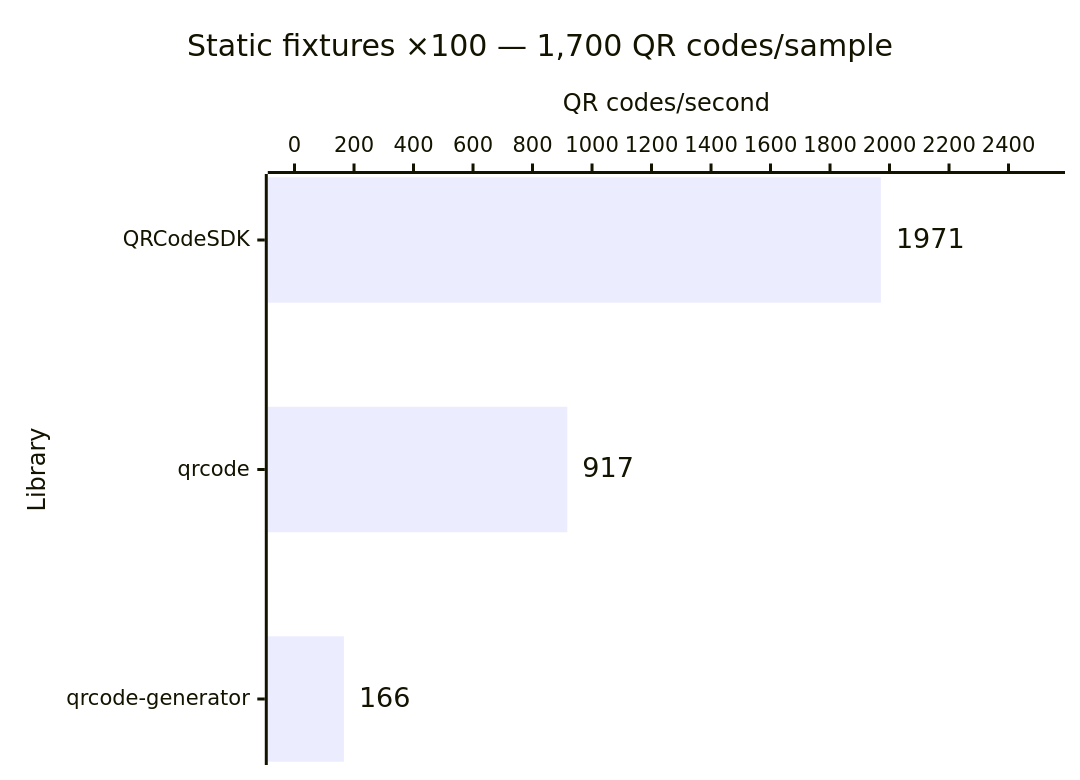
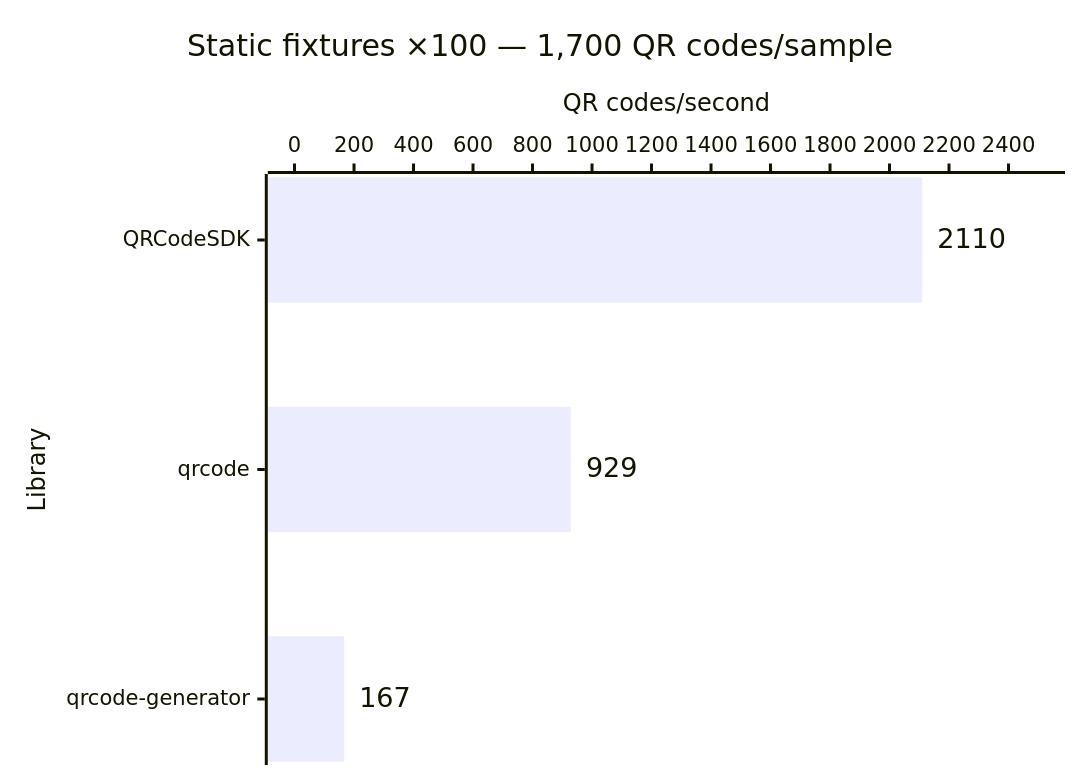
One commit to Dafnik/qrcodesdk changed the seventh of 14 diagrams in apps/docs/src/content/docs/learn/performance.md. Above: the diagram before and after it, drawn with Mermaid. The commit also changed other lines of this file and 417 other files, not shown here.

````diff
--- a/apps/docs/src/content/docs/learn/performance.md
+++ b/apps/docs/src/content/docs/learn/performance.md
@@ -147,15 +147,15 @@
 ```mermaid
 ---
 config:
   xyChart:
     showDataLabel: true
     showDataLabelOutsideBar: true
 ---
 xychart horizontal
   accTitle: Automatic matrix generation: Static fixtures ×100 — 1,700 QR codes/sample
-  accDescr: Throughput calculated from median time. QRCodeSDK 1,971 QR codes per second, qrcode 917 QR codes per second, qrcode-generator 166 QR codes per second. Higher is better.
+  accDescr: Throughput calculated from median time. QRCodeSDK 2,110 QR codes per second, qrcode 929 QR codes per second, qrcode-generator 167 QR codes per second. Higher is better.
   title "Static fixtures ×100 — 1,700 QR codes/sample"
   x-axis "Library" ["QRCodeSDK", "qrcode", "qrcode-generator"]
   y-axis "QR codes/second" 0 --> 2500
-  bar [1971, 917, 166]
+  bar [2110, 929, 167]
 ```
````
